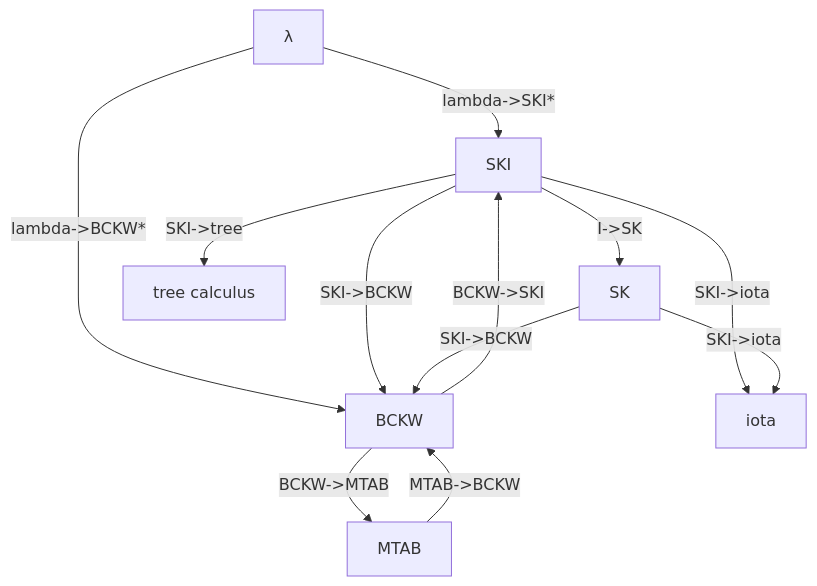
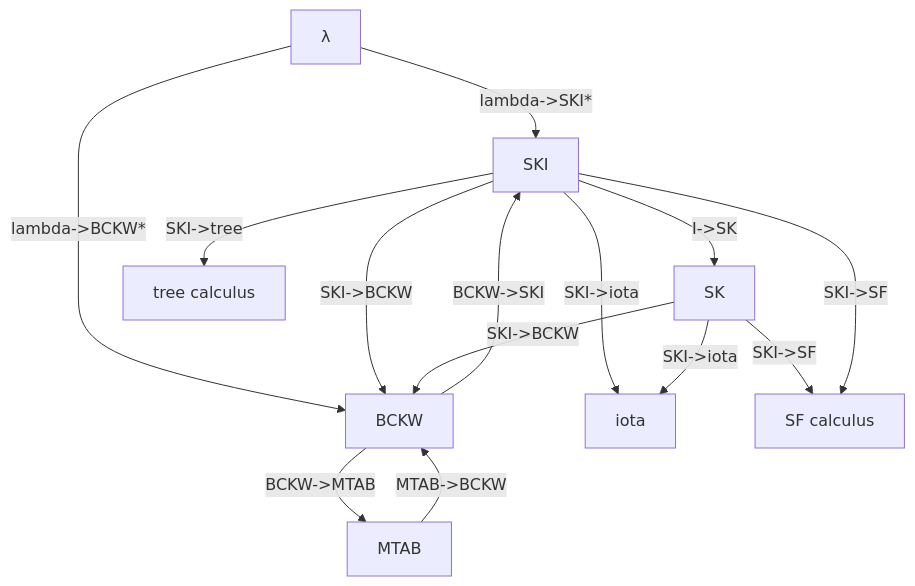
The diagram in README.md (dokutan/combinator-playground), drawn with Mermaid before and after one commit. The commit also changed other lines of this file, not shown here.

````diff
--- a/README.md
+++ b/README.md
@@ -103,14 +103,16 @@
 ```mermaid
 graph TD;
     lambda[λ]-->|lambda->SKI*|SKI;
     lambda[λ]-->|lambda->BCKW*|BCKW;
     SKI-->|I->SK|SK;
     SKI-->|SKI->BCKW|BCKW;
     SK-->|SKI->BCKW|BCKW;
     SKI-->|SKI->iota|iota;
     SK-->|SKI->iota|iota;
     BCKW-->|BCKW->SKI|SKI;
     MTAB-->|MTAB->BCKW|BCKW;
     BCKW-->|BCKW->MTAB|MTAB;
     SKI-->|SKI->tree|tree[tree calculus];
+    SK-->|SKI->SF|SF[SF calculus];
+    SKI-->|SKI->SF|SF[SF calculus];
 ```
````
